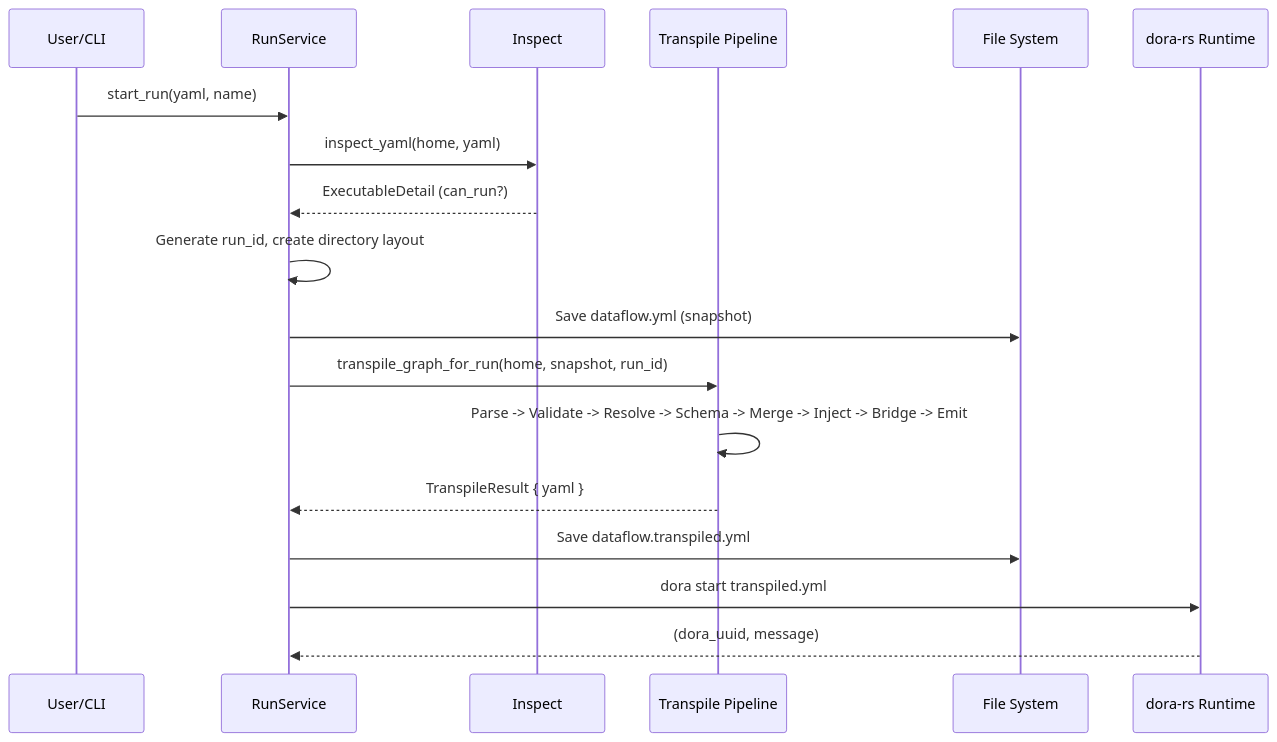
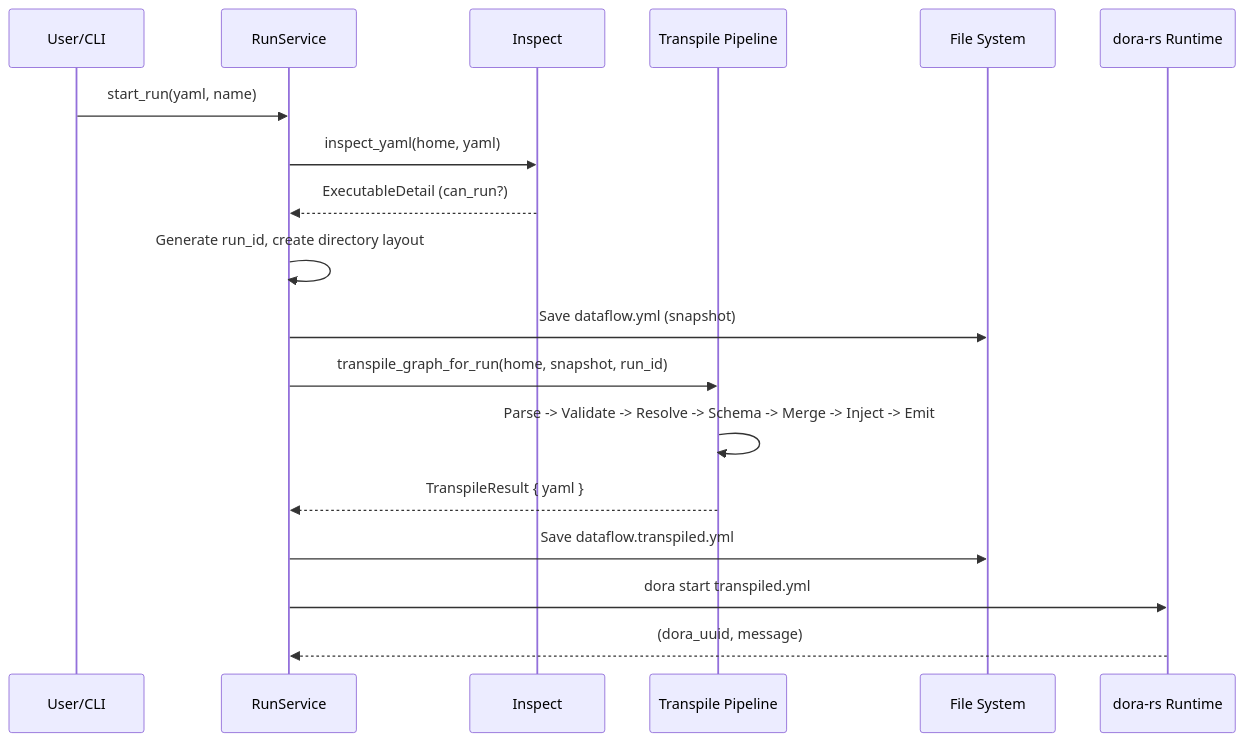
One commit to l1veIn/dora-manager changed the third of 3 diagrams in wiki/zh/en/11-transpiler.md. Above: the diagram before and after it, drawn with Mermaid. The commit also changed other lines of this file and 29 other files, not shown here.

First line of the commit message:
docs: remove bridge references from wiki, update for SDK architecture

````diff
--- a/wiki/zh/en/11-transpiler.md
+++ b/wiki/zh/en/11-transpiler.md
@@ -346,21 +289,21 @@
 ```mermaid
 sequenceDiagram
     participant User as User/CLI
     participant Service as RunService
     participant Inspect as Inspect
     participant Transpile as Transpile Pipeline
     participant FS as File System
     participant Dora as dora-rs Runtime
 
     User->>Service: start_run(yaml, name)
     Service->>Inspect: inspect_yaml(home, yaml)
     Inspect-->>Service: ExecutableDetail (can_run?)
     Service->>Service: Generate run_id, create directory layout
     Service->>FS: Save dataflow.yml (snapshot)
     Service->>Transpile: transpile_graph_for_run(home, snapshot, run_id)
-    Transpile->>Transpile: Parse -> Validate -> Resolve -> Schema -> Merge -> Inject -> Bridge -> Emit
+    Transpile->>Transpile: Parse -> Validate -> Resolve -> Schema -> Merge -> Inject -> Emit
     Transpile-->>Service: TranspileResult { yaml }
     Service->>FS: Save dataflow.transpiled.yml
     Service->>Dora: dora start transpiled.yml
     Dora-->>Service: (dora_uuid, message)
 ```
````
